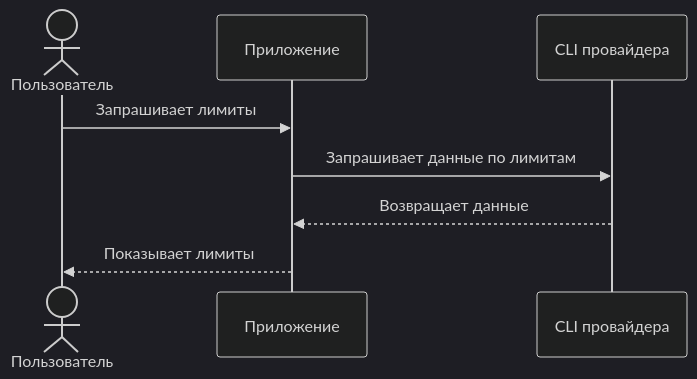
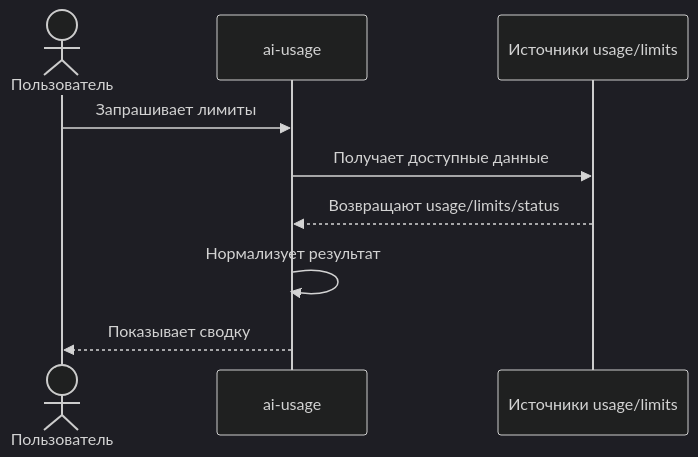
The diagram in README.md (md2it/ai-usage-mit), drawn with Mermaid (dark theme) before and after one commit. The commit also changed other lines of this file and 15 other files, not shown here.

Commit message:
Document provider-oriented architecture

````diff
--- a/README.md
+++ b/README.md
@@ -9,11 +9,12 @@
 ```mermaid
 sequenceDiagram
     actor User as Пользователь
-    participant App as Приложение
-    participant CLI as CLI провайдера
+    participant App as ai-usage
+    participant Sources as Источники usage/limits
 
     User->>App: Запрашивает лимиты
-    App->>CLI: Запрашивает данные по лимитам
-    CLI-->>App: Возвращает данные
-    App-->>User: Показывает лимиты
+    App->>Sources: Получает доступные данные
+    Sources-->>App: Возвращают usage/limits/status
+    App->>App: Нормализует результат
+    App-->>User: Показывает сводку
 ```
````
